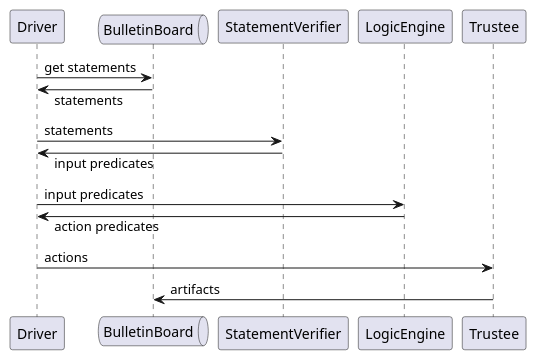
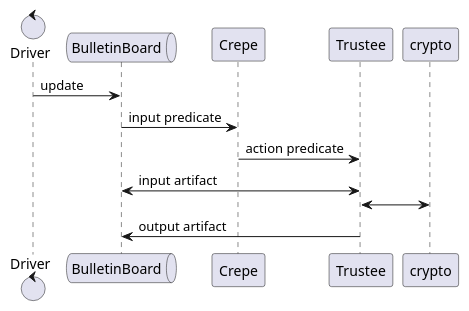
Before and after one commit to nvotes/rmx: the diagram in doc/diagrams/main_sequence.puml, drawn with PlantUML. The commit also changed 8 other files, not shown here.

```diff
--- a/doc/diagrams/main_sequence.puml
+++ b/doc/diagrams/main_sequence.puml
@@ -1,13 +1,12 @@
 @startuml main_sequence
 skinparam responseMessageBelowArrow true
-participant Driver as Driver
+control Driver as driver
 queue BulletinBoard as BulletinBoard
-Driver -> BulletinBoard: get statements
-Driver <- BulletinBoard: statements
-Driver -> StatementVerifier: statements
-Driver <- StatementVerifier: input predicates
-Driver -> LogicEngine: input predicates
-Driver <- LogicEngine: action predicates
-Driver -> Trustee: actions
-Trustee -> BulletinBoard: artifacts
+participant Crepe as crepe
+driver -> BulletinBoard: update
+BulletinBoard -> crepe: input predicate
+crepe -> Trustee: action predicate
+BulletinBoard <-> Trustee: input artifact
+Trustee <-> crypto
+Trustee -> BulletinBoard: output artifact
 @enduml
```
